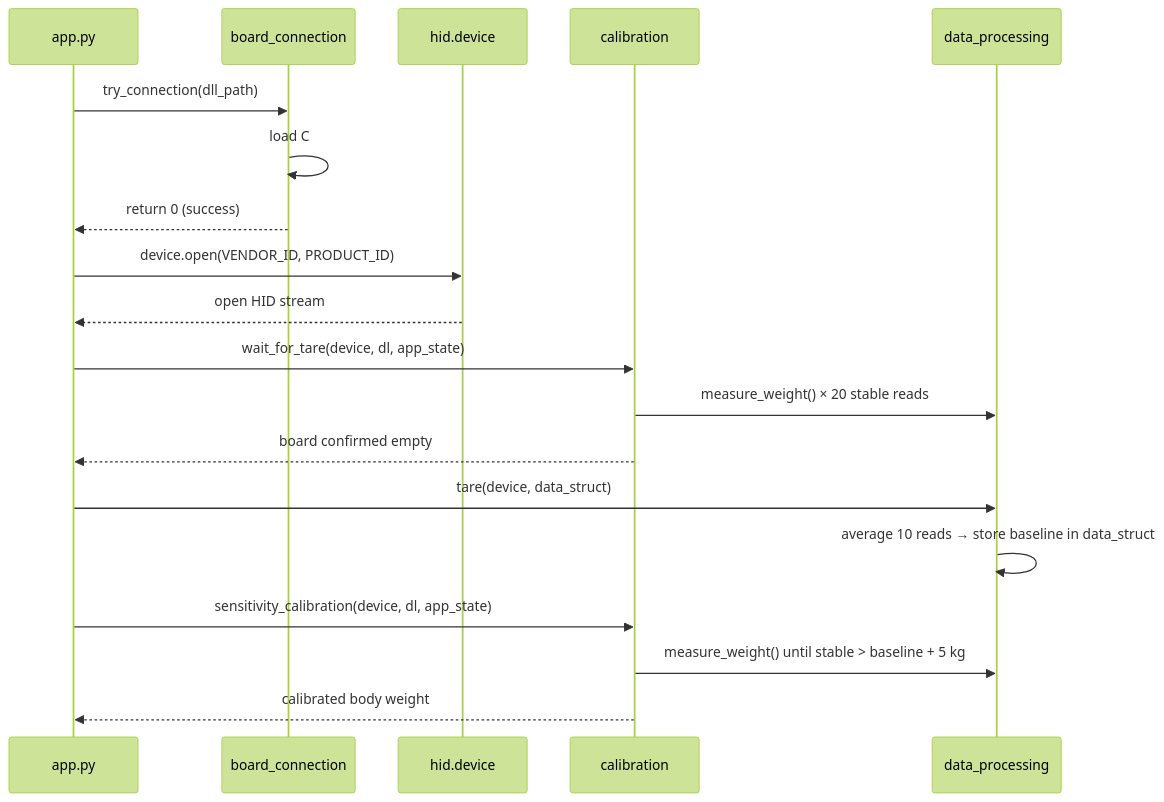
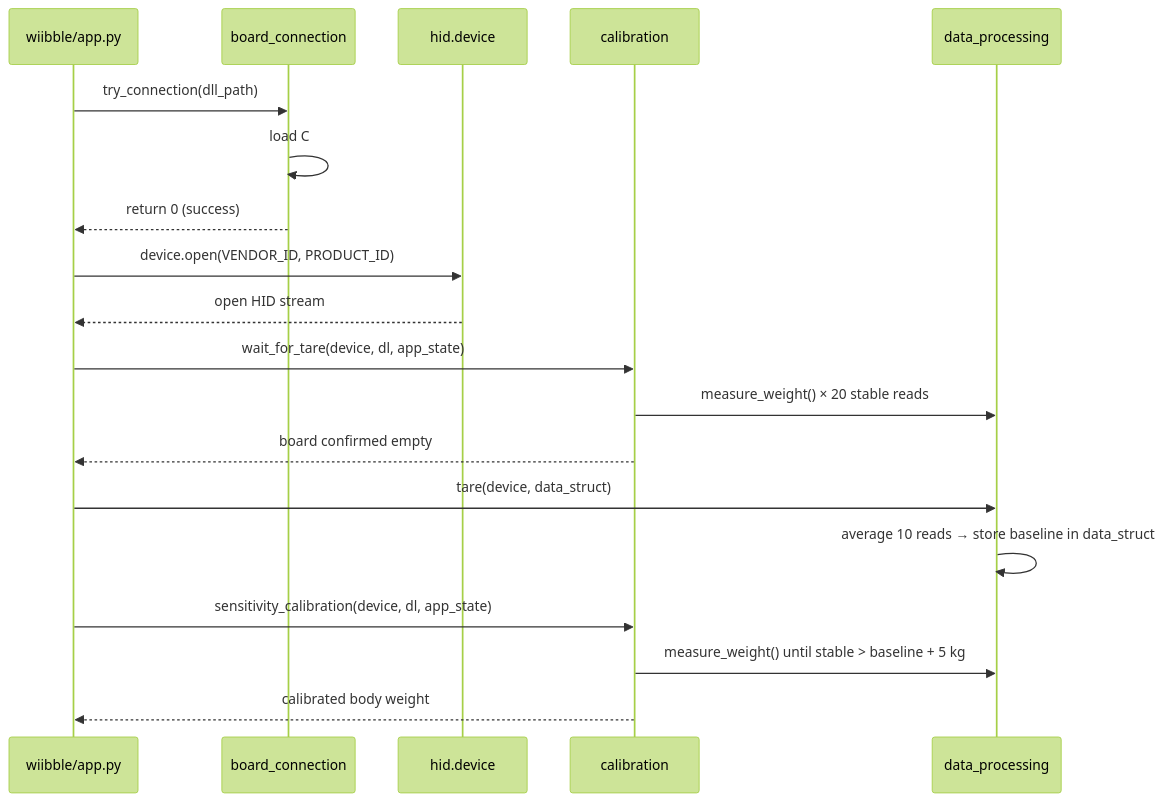
The third of 5 diagrams in Docs/ARCHITECTURE.md (NeuroRehack/WIIBBLE), drawn with Mermaid (forest theme) before and after one commit. The commit also changed other lines of this file and 66 other files, not shown here.

Commit message:
Refactor code structure for improved readability and maintainability; removed redundant sections and optimized logic flow.

````diff
--- a/Docs/ARCHITECTURE.md
+++ b/Docs/ARCHITECTURE.md
@@ -80,25 +80,25 @@
 ```mermaid
 sequenceDiagram
-    participant app as app.py
+    participant app as wiibble/app.py
     participant bc as board_connection
     participant hid as hid.device
     participant calib as calibration
     participant dp as data_processing
 
     app->>bc: try_connection(dll_path)
     bc->>bc: load C# DLL, Connect(), Disconnect()
     bc-->>app: return 0 (success)
     app->>hid: device.open(VENDOR_ID, PRODUCT_ID)
     hid-->>app: open HID stream
 
     app->>calib: wait_for_tare(device, dl, app_state)
     calib->>dp: measure_weight() × 20 stable reads
     calib-->>app: board confirmed empty
 
     app->>dp: tare(device, data_struct)
     dp->>dp: average 10 reads → store baseline in data_struct
 
     app->>calib: sensitivity_calibration(device, dl, app_state)
     calib->>dp: measure_weight() until stable > baseline + 5 kg
     calib-->>app: calibrated body weight
 ```
````
